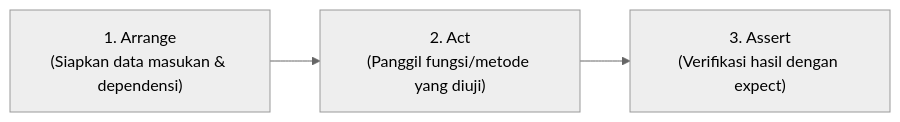
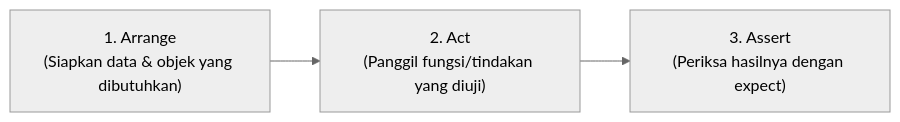
Before and after one commit to FadhilTaufiqurrachman/244107020090-Mobile-Course: the second of 3 diagrams in 12-Week-12-Testing-Quality-Assurance/README.md, drawn with Mermaid (neutral theme). The commit also changed other lines of this file and 7 other files, not shown here.

````diff
--- a/12-Week-12-Testing-Quality-Assurance/README.md
+++ b/12-Week-12-Testing-Quality-Assurance/README.md
@@ -181,4 +240,4 @@
 ```mermaid
 flowchart LR
-    A["1. Arrange\n(Siapkan data masukan & dependensi)"] --> B["2. Act\n(Panggil fungsi/metode yang diuji)"] --> C["3. Assert\n(Verifikasi hasil dengan expect)"]
+    A["1. Arrange\n(Siapkan data & objek yang dibutuhkan)"] --> B["2. Act\n(Panggil fungsi/tindakan yang diuji)"] --> C["3. Assert\n(Periksa hasilnya dengan expect)"]
 ```
````
